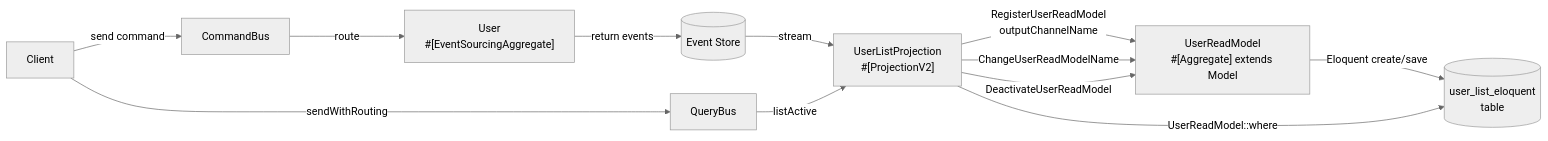
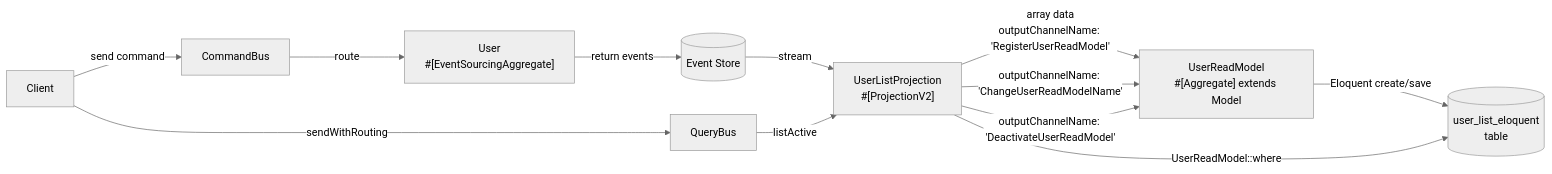
Before and after one commit to ecotoneframework/ecotone-dev: the first of 4 diagrams in quickstart-examples/Laravel/Projection/EloquentReadModel/README.md, drawn with Mermaid (neutral theme). The commit also changed other lines of this file and 5 other files, not shown here.

First line of the commit message:
refactor(EloquentReadModel): drop command DTOs, project arrays directly

````diff
--- a/quickstart-examples/Laravel/Projection/EloquentReadModel/README.md
+++ b/quickstart-examples/Laravel/Projection/EloquentReadModel/README.md
@@ -13,14 +13,14 @@
 ```mermaid
 flowchart LR
     Client -->|send command| CommandBus
     CommandBus -->|route| User["User\n#[EventSourcingAggregate]"]
     User -->|return events| EventStore[(Event Store)]
     EventStore -->|stream| Projection["UserListProjection\n#[ProjectionV2]"]
-    Projection -->|RegisterUserReadModel\noutputChannelName| Aggregate["UserReadModel\n#[Aggregate] extends Model"]
-    Projection -->|ChangeUserReadModelName| Aggregate
-    Projection -->|DeactivateUserReadModel| Aggregate
+    Projection -->|array data\noutputChannelName: 'RegisterUserReadModel'| Aggregate["UserReadModel\n#[Aggregate] extends Model"]
+    Projection -->|outputChannelName: 'ChangeUserReadModelName'| Aggregate
+    Projection -->|outputChannelName: 'DeactivateUserReadModel'| Aggregate
     Aggregate -->|Eloquent create/save| ReadModel[(user_list_eloquent\ntable)]
     Client -->|sendWithRouting| QueryBus
     QueryBus -->|listActive| Projection
     Projection -->|UserReadModel::where| ReadModel
 ```
````
